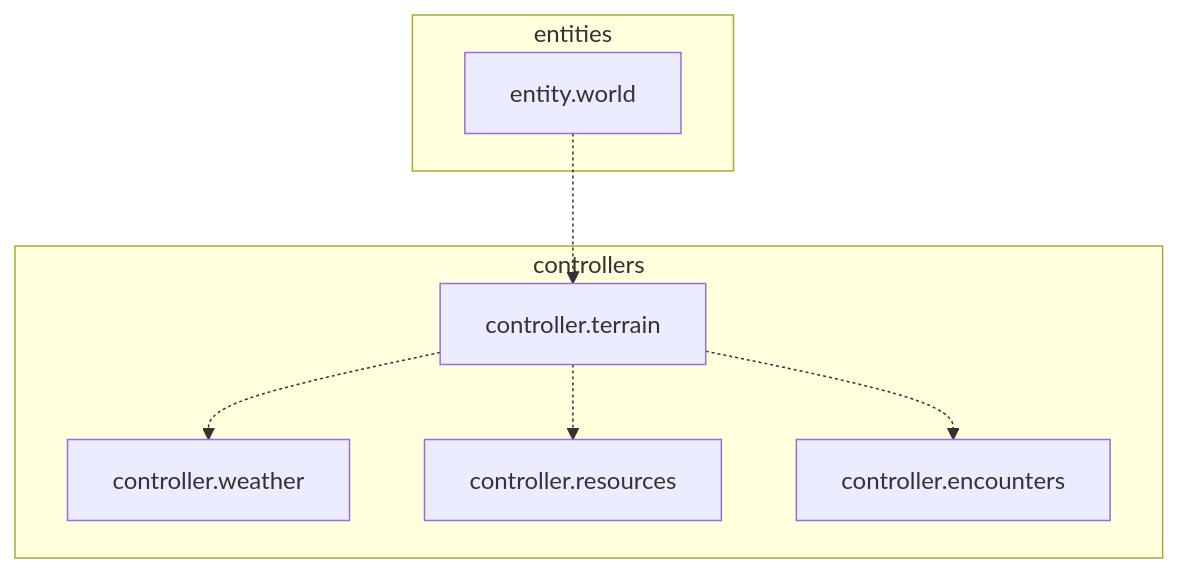
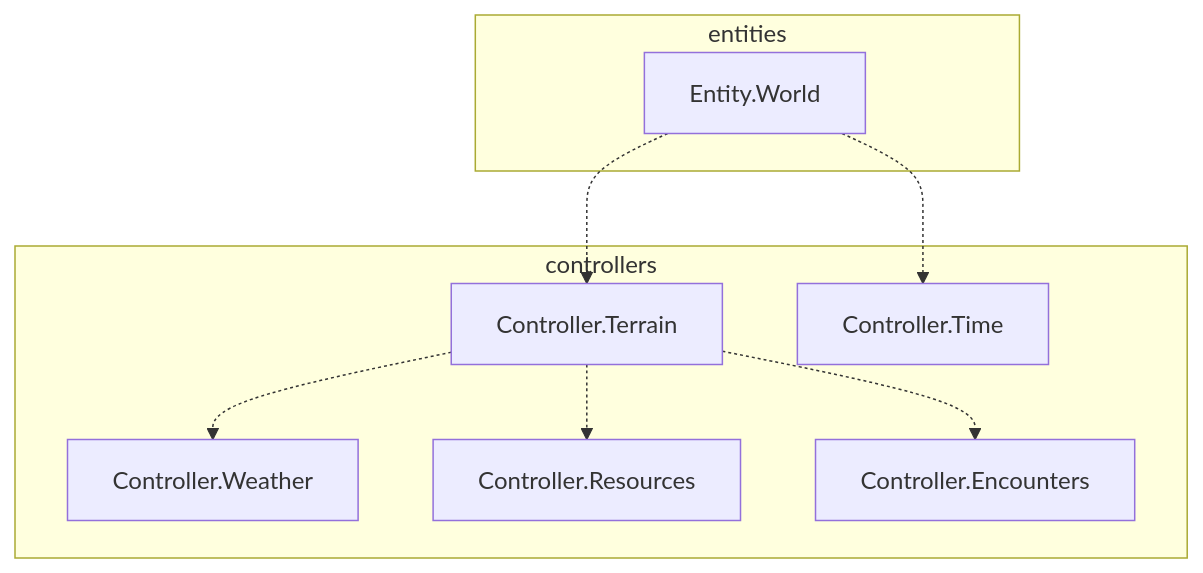
One commit to crystalfiction/rpg-simulator changed the second of 3 diagrams in README.md. Above: the diagram before and after it, drawn with Mermaid. The commit also changed other lines of this file, not shown here.

````diff
--- a/README.md
+++ b/README.md
@@ -21,21 +21,24 @@
 ```mermaid
 flowchart
     subgraph entities
-        entity.world
+        Entity.World
+
     end
 
-    entity.world -.-> controller.terrain
+    Entity.World -.-> Controller.Terrain
+    Entity.World -.-> Controller.Time
 
     subgraph controllers
-        controller.terrain
-        controller.weather
-        controller.resources
-        controller.encounters
+        Controller.Terrain
+        Controller.Weather
+        Controller.Resources
+        Controller.Encounters
+        Controller.Time
 
-        controller.terrain -.-> controller.weather
-        controller.terrain -.-> controller.resources
-        controller.terrain -.-> controller.encounters
+        Controller.Terrain -.-> Controller.Weather
+        Controller.Terrain -.-> Controller.Resources
+        Controller.Terrain -.-> Controller.Encounters
+
     end
 
-    
 ```
````
